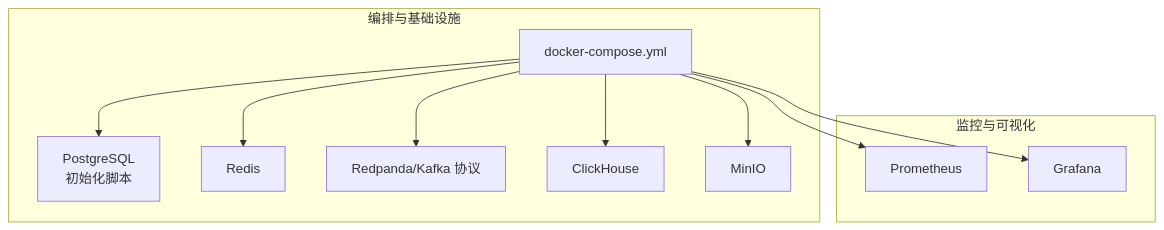
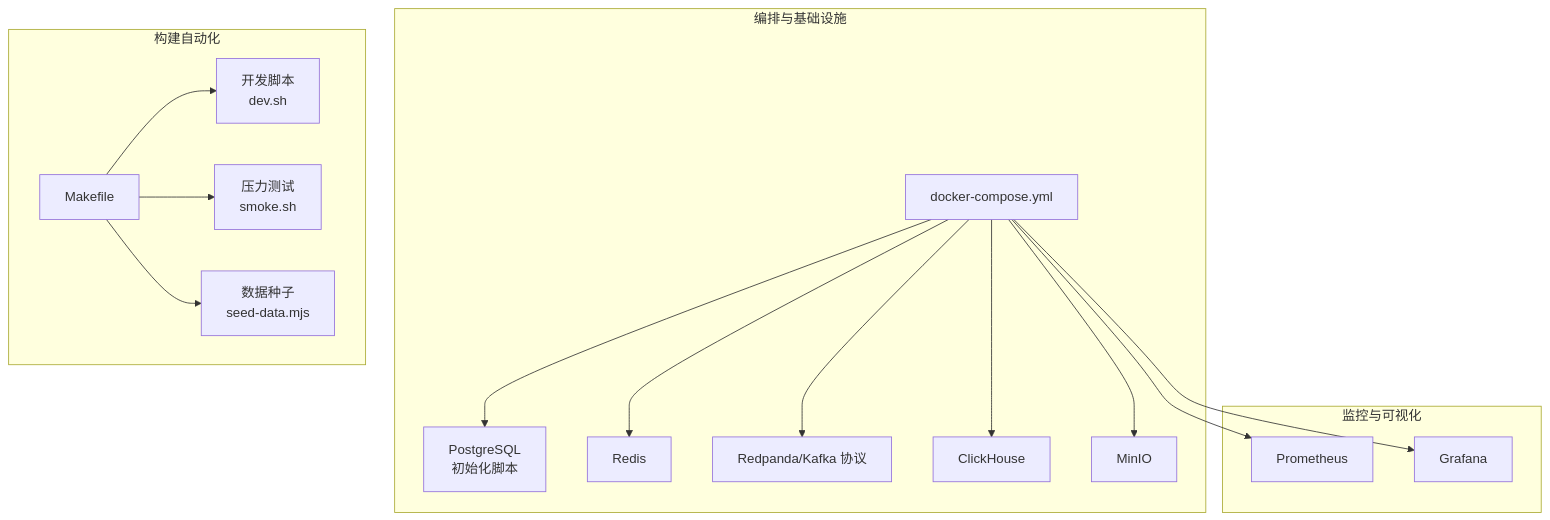
One commit to zhen-zhong/AeroLog changed the first of 5 diagrams in .qoder/repowiki/zh/content/部署配置/部署配置.md. Above: the diagram before and after it, drawn with Mermaid. The commit also changed other lines of this file and 105 other files, not shown here.

````diff
--- a/.qoder/repowiki/zh/content/部署配置/部署配置.md
+++ b/.qoder/repowiki/zh/content/部署配置/部署配置.md
@@ -44,22 +60,31 @@
 ```mermaid
 graph TB
 subgraph "编排与基础设施"
 DC["docker-compose.yml"]
 PSQL["PostgreSQL<br/>初始化脚本"]
 REDIS["Redis"]
 RP["Redpanda/Kafka 协议"]
 CH["ClickHouse"]
 MINIO["MinIO"]
 end
 subgraph "监控与可视化"
 PROM["Prometheus"]
 GRAF["Grafana"]
 end
+subgraph "构建自动化"
+MK["Makefile"]
+DEV["开发脚本<br/>dev.sh"]
+SMOKE["压力测试<br/>smoke.sh"]
+SEED["数据种子<br/>seed-data.mjs"]
+end
 DC --> PSQL
 DC --> REDIS
 DC --> RP
 DC --> CH
 DC --> MINIO
 DC --> PROM
 DC --> GRAF
+MK --> DEV
+MK --> SMOKE
+MK --> SEED
 ```
````
